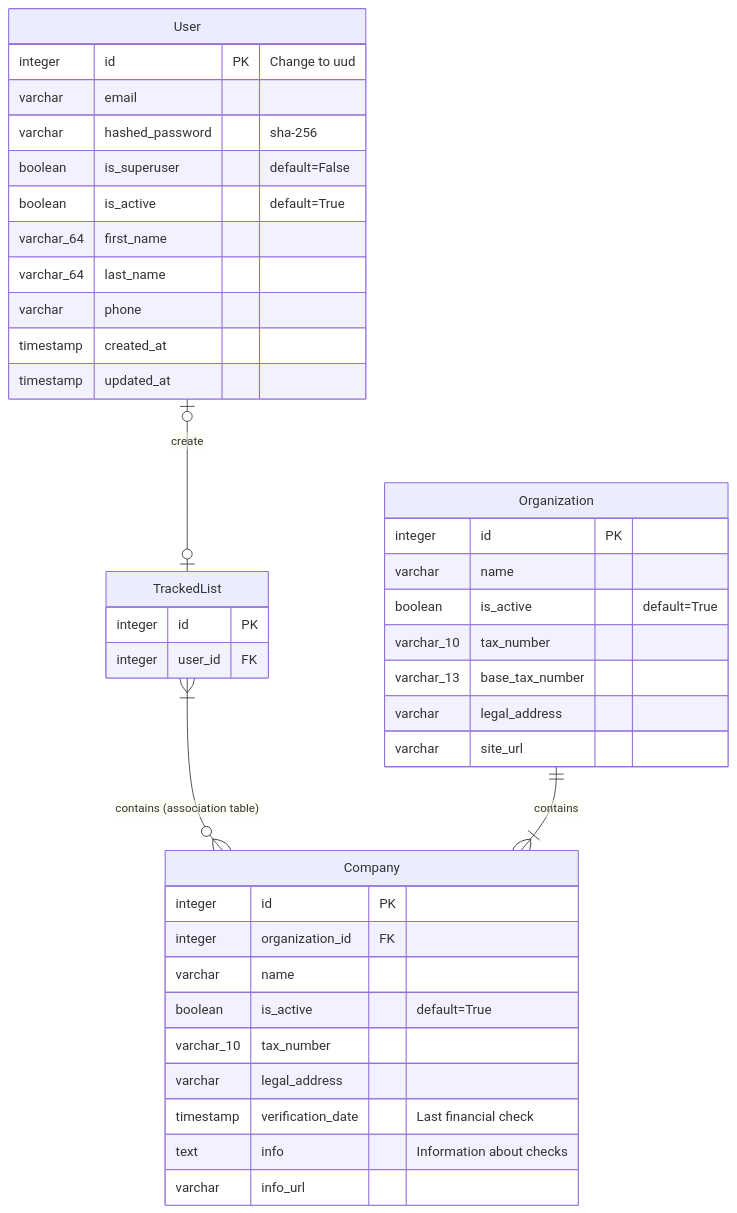
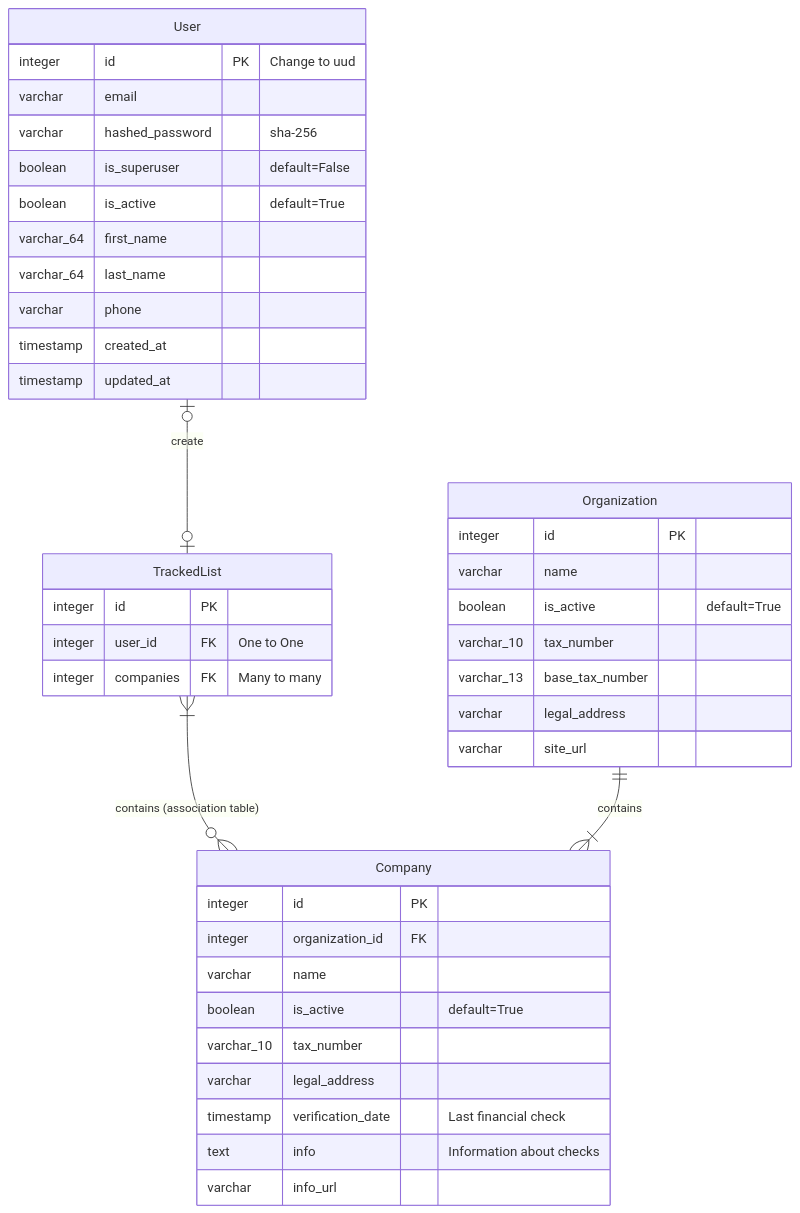
Before and after one commit to okunevkirill/DjangoAuditSRO: the diagram in docs/interaction_scheme.md, drawn with Mermaid. The commit also changed 7 other files, not shown here.

````diff
--- a/docs/interaction_scheme.md
+++ b/docs/interaction_scheme.md
@@ -1,45 +1,46 @@
 ```mermaid
 erDiagram
     User |o--o| TrackedList : create
     User {
         integer id PK "Change to uud"
         varchar email
         varchar hashed_password "sha-256"
         boolean is_superuser "default=False"
         boolean is_active "default=True"
         varchar_64 first_name
         varchar_64 last_name
         varchar phone
         timestamp created_at
         timestamp updated_at 
     }
     
     TrackedList }|--o{ Company : "contains (association table)"
     TrackedList {
         integer id PK
-        integer user_id FK
+        integer user_id FK "One to One"
+        integer companies FK "Many to many"
     }
     
     Organization ||--|{ Company : contains
     Organization {
         integer id PK
         varchar name
         boolean is_active "default=True"
         varchar_10 tax_number
         varchar_13 base_tax_number
         varchar legal_address
         varchar site_url
     }
     
     Company {
         integer id PK
         integer organization_id FK
         varchar name
         boolean is_active "default=True"
         varchar_10 tax_number
         varchar legal_address
         timestamp verification_date "Last financial check"
         text info "Information about checks"
         varchar info_url
     }
 ```
````
